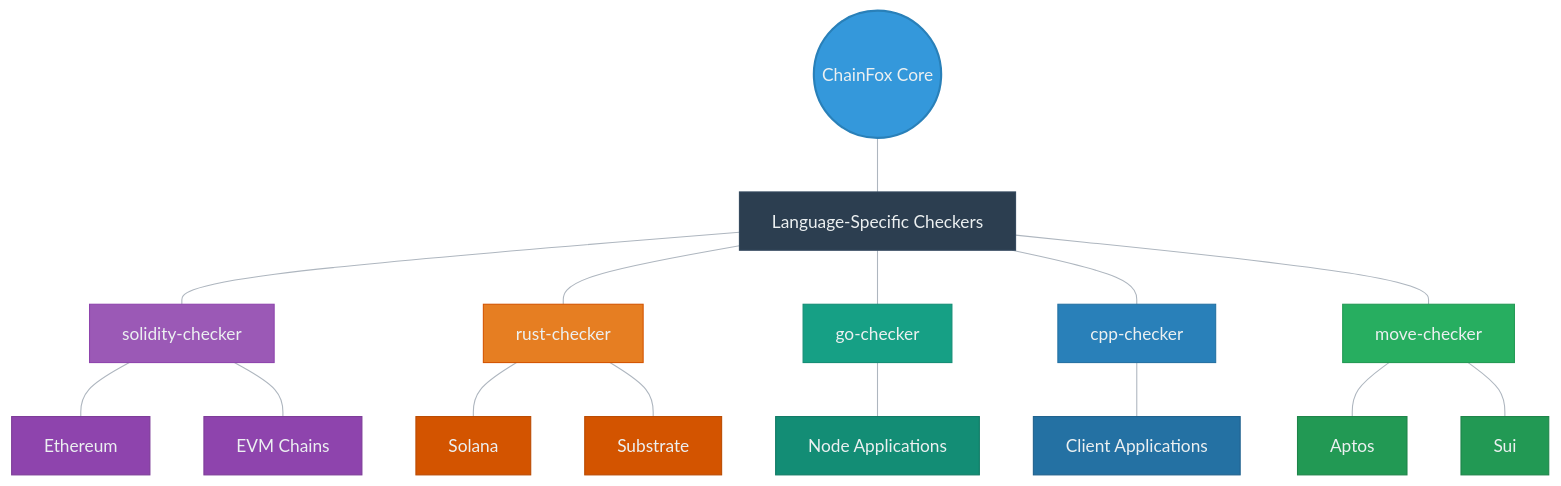
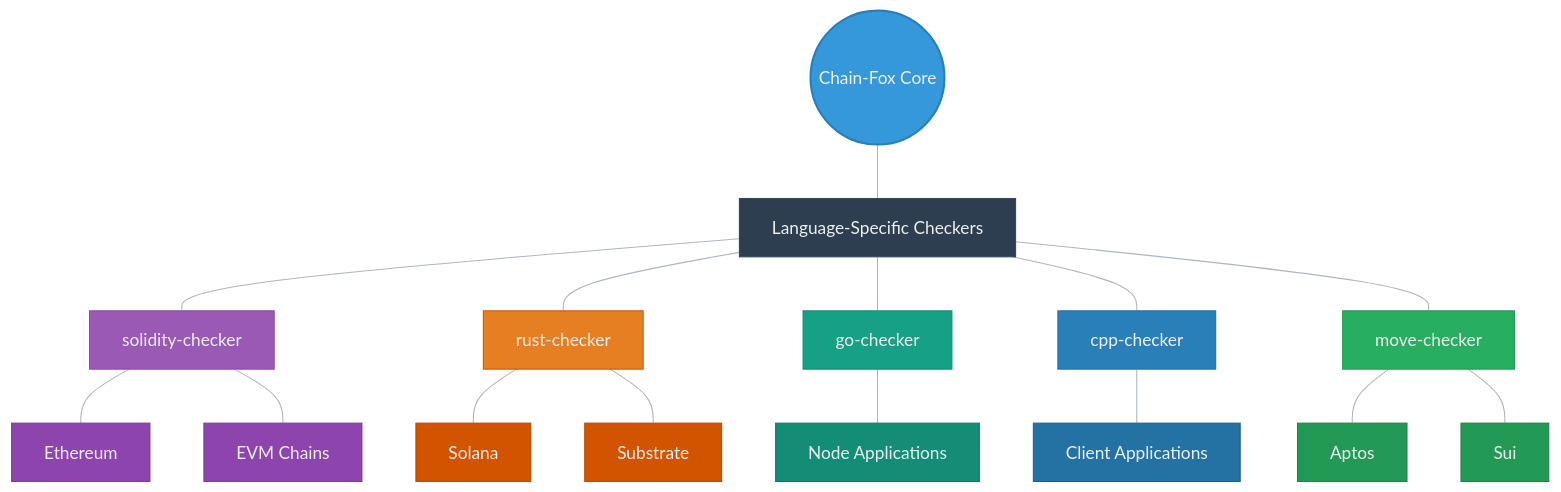
One commit to Chain-Fox/white-paper changed the diagram in chapters/02-innovation.md. Above: the diagram before and after it, drawn with Mermaid. The commit also changed other lines of this file and 3 other files, not shown here.

````diff
--- a/chapters/02-innovation.md
+++ b/chapters/02-innovation.md
@@ -19,71 +19,71 @@
 ```mermaid
 %%{init: {
   'theme': 'base',
   'themeVariables': {
     'primaryColor': '#2C3E50',
     'primaryTextColor': '#ECF0F1',
     'primaryBorderColor': '#34495E',
     'lineColor': '#AEB6BF',
     'secondaryColor': '#FFFFFF',
     'tertiaryColor': '#FFFFFF',
     'fontFamily': 'Arial, sans-serif',
     'fontSize': '16px',
     'nodeBorder': '#34495E',
     'mainBkg': '#2C3E50',
     'clusterBkg': '#1E2B3C',
     'edgeLabelBackground': '#1E2B3C',
     'nodeTextColor': '#ECF0F1',
     'backgroundColor': '#1E2B3C'
   }
 }}%%
 flowchart TD
-    A((ChainFox Core)):::core
+    A((Chain-Fox Core)):::core
     B[Language-Specific Checkers]:::checkerGroup
 
     C[solidity-checker]:::solidity
     D[rust-checker]:::rust
     E[go-checker]:::go
     F[cpp-checker]:::cpp
     G[move-checker]:::move
 
     H[Ethereum]:::ethereum
     I[EVM Chains]:::evm
     J[Solana]:::solana
     K[Substrate]:::substrate
     L[Node Applications]:::node
     M[Client Applications]:::client
     N[Aptos]:::aptos
     O[Sui]:::sui
 
     A --- B
     B --- C
     B --- D
     B --- E
     B --- F
     B --- G
 
     C --- H
     C --- I
     D --- J
     D --- K
     E --- L
     F --- M
     G --- N
     G --- O
 
     classDef core fill:#3498DB,stroke:#2980B9,color:#ECF0F1,stroke-width:2px
     classDef checkerGroup fill:#2C3E50,stroke:#34495E,color:#ECF0F1,stroke-width:1px
     classDef solidity fill:#9B59B6,stroke:#8E44AD,color:#ECF0F1,stroke-width:1px
     classDef ethereum fill:#8E44AD,stroke:#7D3C98,color:#ECF0F1,stroke-width:1px
     classDef evm fill:#8E44AD,stroke:#7D3C98,color:#ECF0F1,stroke-width:1px
     classDef rust fill:#E67E22,stroke:#D35400,color:#ECF0F1,stroke-width:1px
     classDef solana fill:#D35400,stroke:#BA4A00,color:#ECF0F1,stroke-width:1px
     classDef substrate fill:#D35400,stroke:#BA4A00,color:#ECF0F1,stroke-width:1px
     classDef go fill:#16A085,stroke:#138D75,color:#ECF0F1,stroke-width:1px
     classDef node fill:#138D75,stroke:#117A65,color:#ECF0F1,stroke-width:1px
     classDef cpp fill:#2980B9,stroke:#2471A3,color:#ECF0F1,stroke-width:1px
     classDef client fill:#2471A3,stroke:#1F618D,color:#ECF0F1,stroke-width:1px
     classDef move fill:#27AE60,stroke:#229954,color:#ECF0F1,stroke-width:1px
     classDef aptos fill:#229954,stroke:#1E8449,color:#ECF0F1,stroke-width:1px
     classDef sui fill:#229954,stroke:#1E8449,color:#ECF0F1,stroke-width:1px
 ```
````
